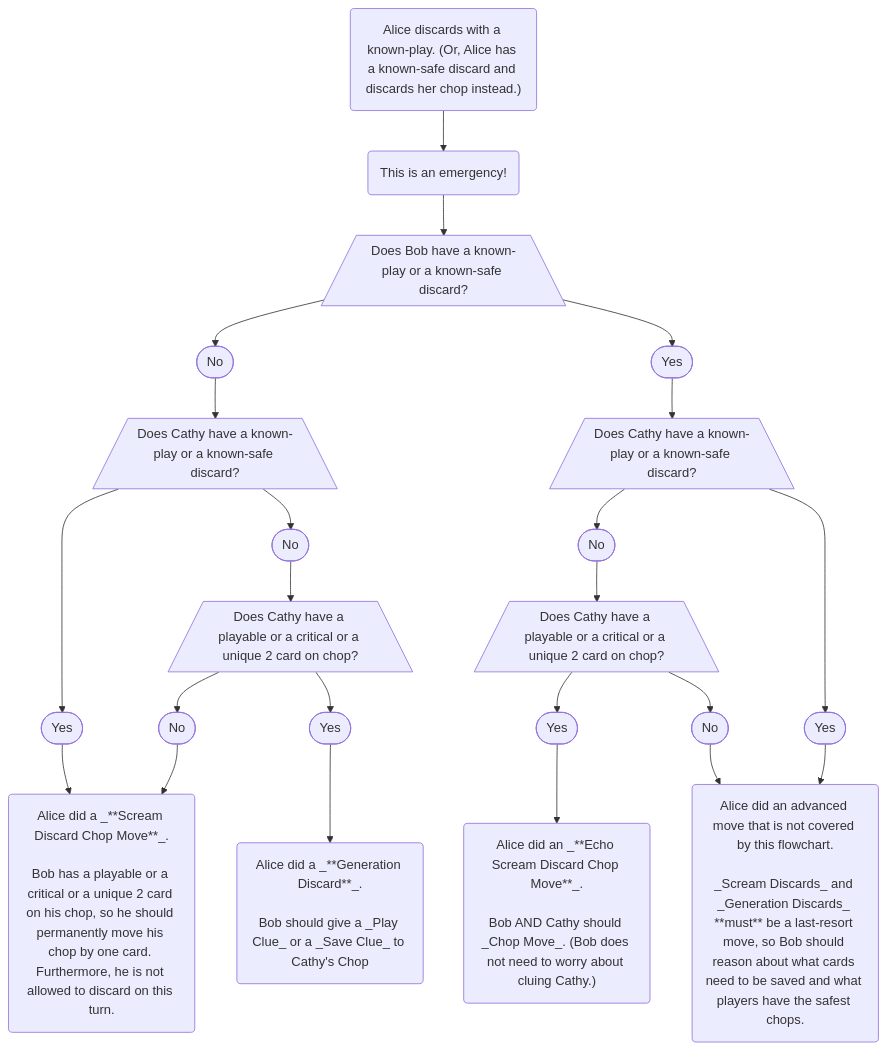
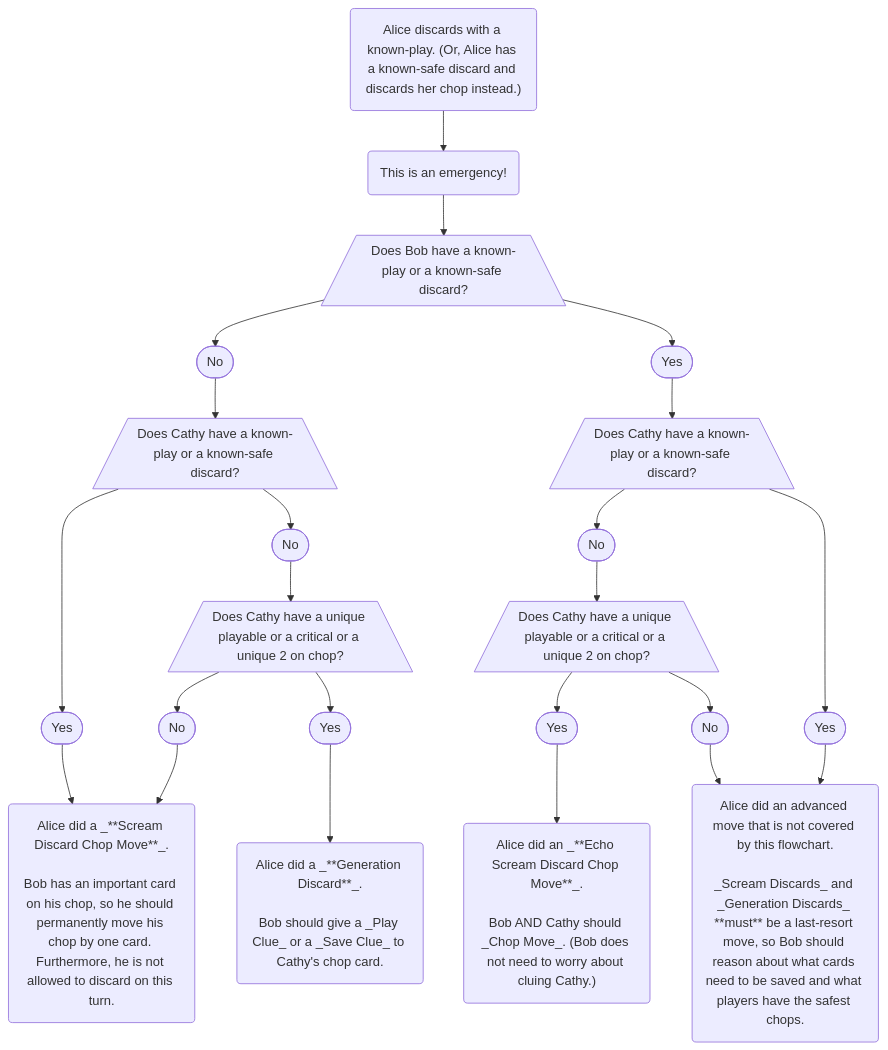
One commit to hanabi/hanabi.github.io changed the diagram in docs/level-7.mdx. Above: the diagram before and after it, drawn with Mermaid. The commit also changed 1 other file, not shown here.

````diff
--- a/docs/level-7.mdx
+++ b/docs/level-7.mdx
@@ -55,53 +55,53 @@
 ```mermaid
 flowchart TD;
 
 S1("Alice discards with a known-play. (Or, Alice has a known-safe discard and discards her chop instead.)")
 S2("This is an emergency!")
 D1[/Does Bob have a known-play or a known-safe discard?\]
 D1Y([Yes])
 D1N([No])
 D2[/Does Cathy have a known-play or a known-safe discard?\]
 D2Y([Yes])
 D2N([No])
-D3[/Does Cathy have a playable or a critical or a unique 2 card on chop?\]
+D3[/Does Cathy have a unique playable or a critical or a unique 2 on chop?\]
 D3Y([Yes])
 D3N([No])
-D3YL(Alice did a _**Generation Discard**_.<br/ ><br/ >Bob should give a _Play Clue_ or a _Save Clue_ to Cathy's Chop)
-D3NL(Alice did a _**Scream Discard Chop Move**_.<br/ ><br/ >Bob has a playable or a critical or a unique 2 card on his chop, so he should permanently move his chop by one card. Furthermore, he is not allowed to discard on this turn.)
+D3YL(Alice did a _**Generation Discard**_.<br/ ><br/ >Bob should give a _Play Clue_ or a _Save Clue_ to Cathy's chop card.)
+D3NL(Alice did a _**Scream Discard Chop Move**_.<br/ ><br/ >Bob has an important card on his chop, so he should permanently move his chop by one card. Furthermore, he is not allowed to discard on this turn.)
 D4[/Does Cathy have a known-play or a known-safe discard?\]
 D4Y([Yes])
 D4N([No])
 D4YL(Alice did an advanced move that is not covered by this flowchart.<br/ ><br/ >_Scream Discards_ and _Generation Discards_ **must** be a last-resort move, so Bob should reason about what cards need to be saved and what players have the safest chops.)
-D5[/Does Cathy have a playable or a critical or a unique 2 card on chop?\]
+D5[/Does Cathy have a unique playable or a critical or a unique 2 on chop?\]
 D5Y([Yes])
 D5N([No])
 D5YL("Alice did an _**Echo Scream Discard Chop Move**_.<br/ ><br/ >Bob AND Cathy should _Chop Move_. (Bob does not need to worry about cluing Cathy.)")
 
 class D1Y,D2Y,D3Y,D4Y,D5Y node-yes
 class D1N,D2N,D3N,D4N,D5N node-no
 class D1,D2,D3,D4,D5 node-dec
 class S,D3NL,D3YL,D5YL,D4YL node-act
 
 S1 --> S2;
 S2 --> D1;
 D1 --> D1N;
 D1 --> D1Y;
 D1N --> D2;
 D2 --> D2Y;
 D2Y --> D3NL;
 D2 --> D2N;
 D2N --> D3;
 D3 --> D3Y;
 D3 --> D3N;
 D3Y --> D3YL;
 D3N --> D3NL;
 D1Y --> D4;
 D4 --> D4N;
 D4 --> D4Y;
 D4N --> D5;
 D5 --> D5Y;
 D5 --> D5N;
 D5Y --> D5YL;
 D5N --> D4YL;
 D4Y --> D4YL;
 ```
````
